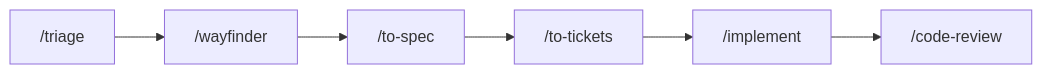
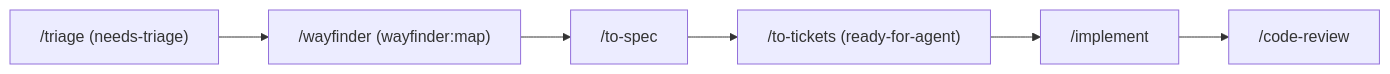
Before and after one commit to jackmaders/watchpoint: the second of 8 diagrams in docs/agents/workflows.md, drawn with Mermaid. The commit also changed other lines of this file, not shown here.

````diff
--- a/docs/agents/workflows.md
+++ b/docs/agents/workflows.md
@@ -26,8 +28,8 @@
 ```mermaid
 graph LR
-    A["/triage"] --> B["/wayfinder"]
+    A["/triage (needs-triage)"] --> B["/wayfinder (wayfinder:map)"]
     B --> C["/to-spec"]
-    C --> D["/to-tickets"]
+    C --> D["/to-tickets (ready-for-agent)"]
     D --> E["/implement"]
     E --> F["/code-review"]
 ```
````
